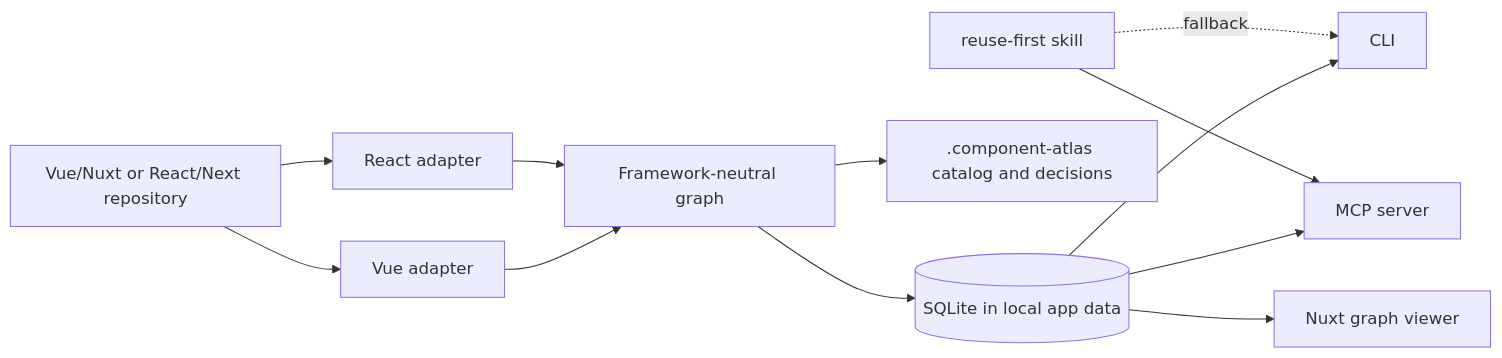
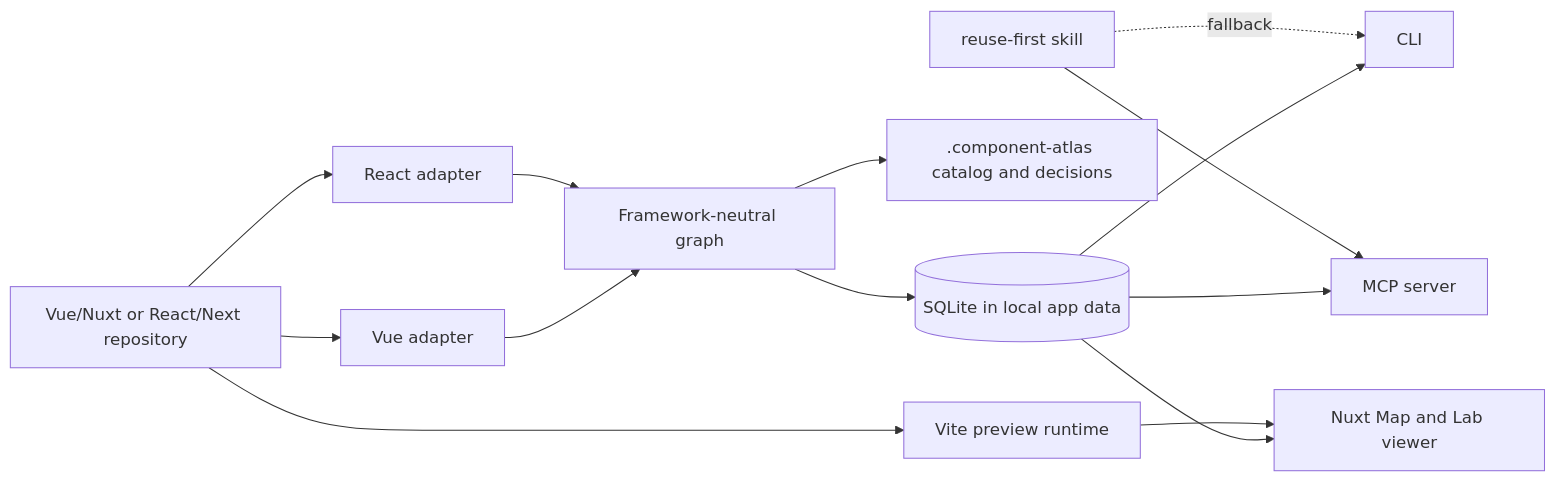
The diagram in docs/architecture.md (jesus-molano/project-atlas), drawn with Mermaid before and after one commit. The commit also changed other lines of this file and 29 other files, not shown here.

````diff
--- a/docs/architecture.md
+++ b/docs/architecture.md
@@ -6,25 +6,28 @@
 ```mermaid
 flowchart LR
   R[Vue/Nuxt or React/Next repository]
   V[Vue adapter]
   X[React adapter]
   G[Framework-neutral graph]
   S[(SQLite in local app data)]
   A[.component-atlas catalog and decisions]
   C[CLI]
   M[MCP server]
-  W[Nuxt graph viewer]
+  P[Vite preview runtime]
+  W[Nuxt Map and Lab viewer]
   K[reuse-first skill]
 
   R --> V
   R --> X
   V --> G
   X --> G
   G --> S
   G --> A
   S --> C
   S --> M
   S --> W
+  R --> P
+  P --> W
   K --> M
   K -. fallback .-> C
 ```
````
